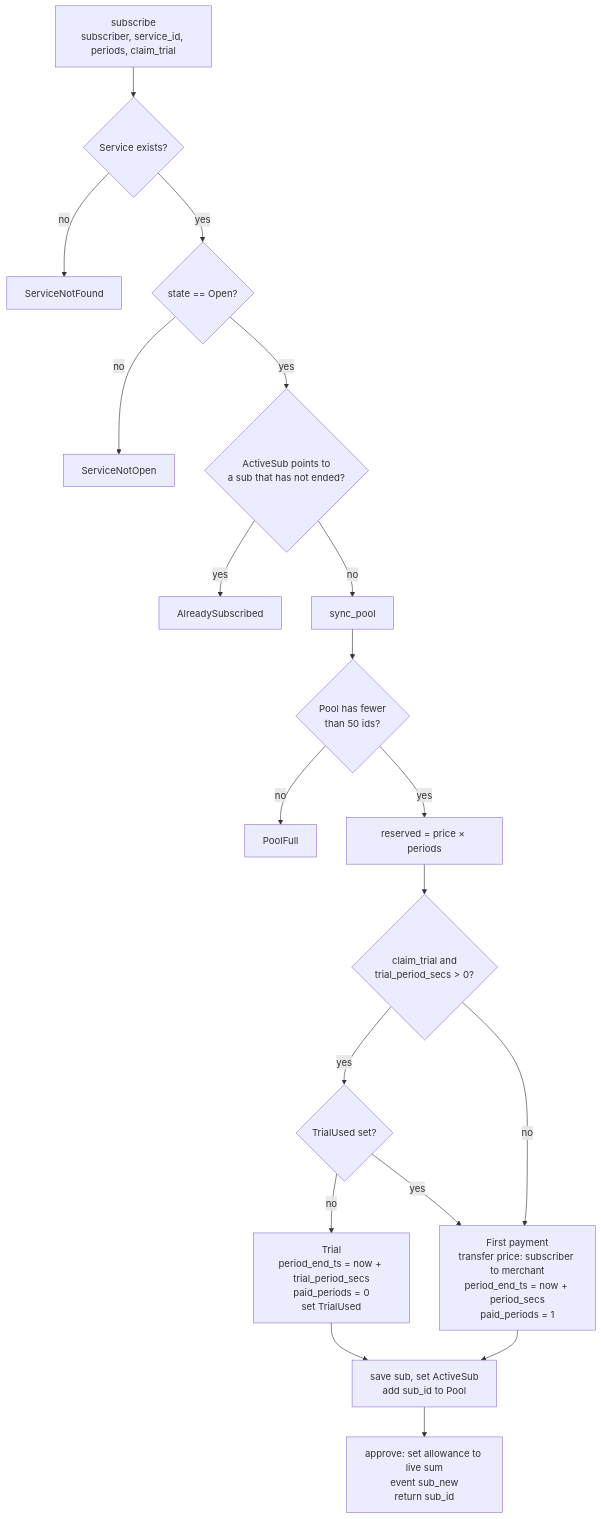
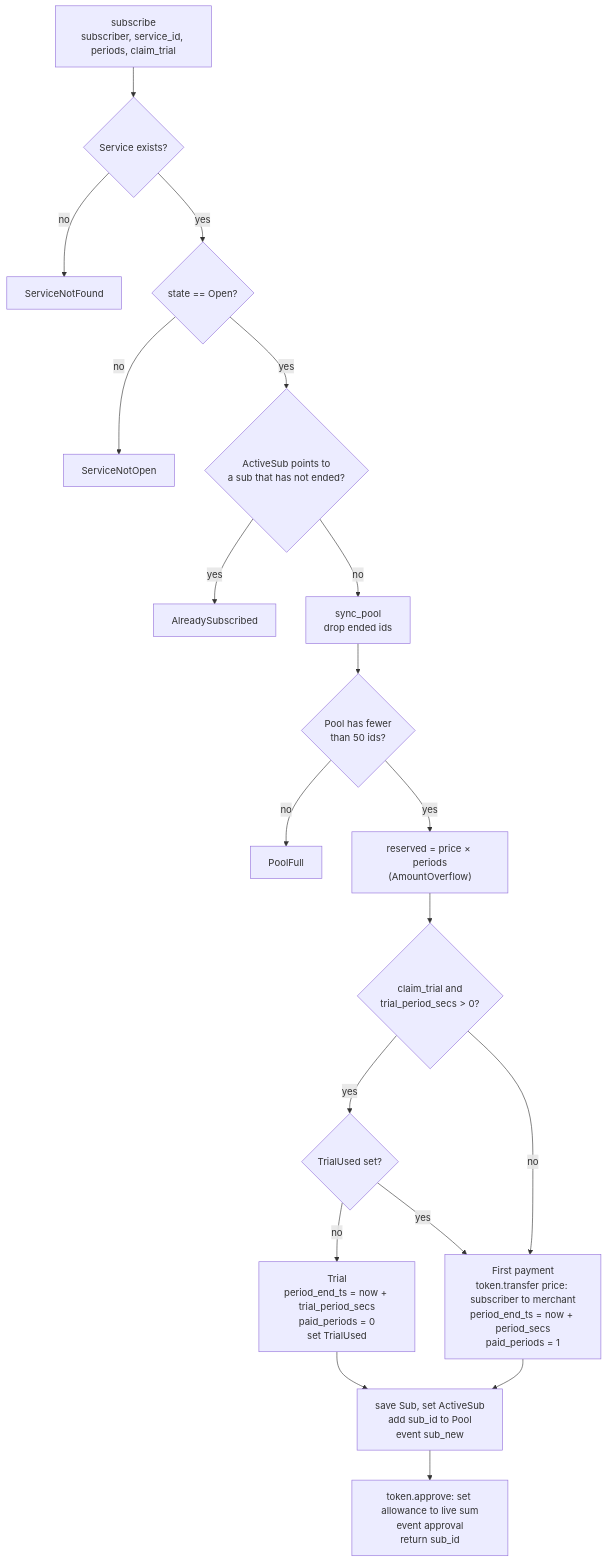
One commit to PiNetwork/PiRC changed the second of 4 diagrams in PiRC2/2-overview.md. Above: the diagram before and after it, drawn with Mermaid. The commit also changed other lines of this file and 6 other files, not shown here.

First line of the commit message:
PiRC2: no approval gate; fix stale diagrams

````diff
--- a/PiRC2/2-overview.md
+++ b/PiRC2/2-overview.md
@@ -48,21 +48,21 @@
 ```mermaid
 flowchart TD
   A[subscribe<br/>subscriber, service_id, periods, claim_trial] --> B{Service exists?}
   B -- no --> E1[ServiceNotFound]
   B -- yes --> C{state == Open?}
   C -- no --> E2[ServiceNotOpen]
   C -- yes --> D{ActiveSub points to<br/>a sub that has not ended?}
   D -- yes --> E3[AlreadySubscribed]
-  D -- no --> F[sync_pool]
+  D -- no --> F[sync_pool<br/>drop ended ids]
   F --> G{Pool has fewer<br/>than 50 ids?}
   G -- no --> E4[PoolFull]
-  G -- yes --> RS["reserved = price × periods"]
+  G -- yes --> RS["reserved = price × periods<br/>(AmountOverflow)"]
   RS --> H{claim_trial and<br/>trial_period_secs > 0?}
   H -- yes --> I{TrialUsed set?}
   I -- no --> T["Trial<br/>period_end_ts = now + trial_period_secs<br/>paid_periods = 0<br/>set TrialUsed"]
   I -- yes --> P
-  H -- no --> P["First payment<br/>transfer price: subscriber to merchant<br/>period_end_ts = now + period_secs<br/>paid_periods = 1"]
-  T --> R["save sub, set ActiveSub<br/>add sub_id to Pool"]
+  H -- no --> P["First payment<br/>token.transfer price: subscriber to merchant<br/>period_end_ts = now + period_secs<br/>paid_periods = 1"]
+  T --> R["save Sub, set ActiveSub<br/>add sub_id to Pool<br/>event sub_new"]
   P --> R
-  R --> AP["approve: set allowance to live sum<br/>event sub_new<br/>return sub_id"]
+  R --> AP["token.approve: set allowance to live sum<br/>event approval<br/>return sub_id"]
 ```
````
